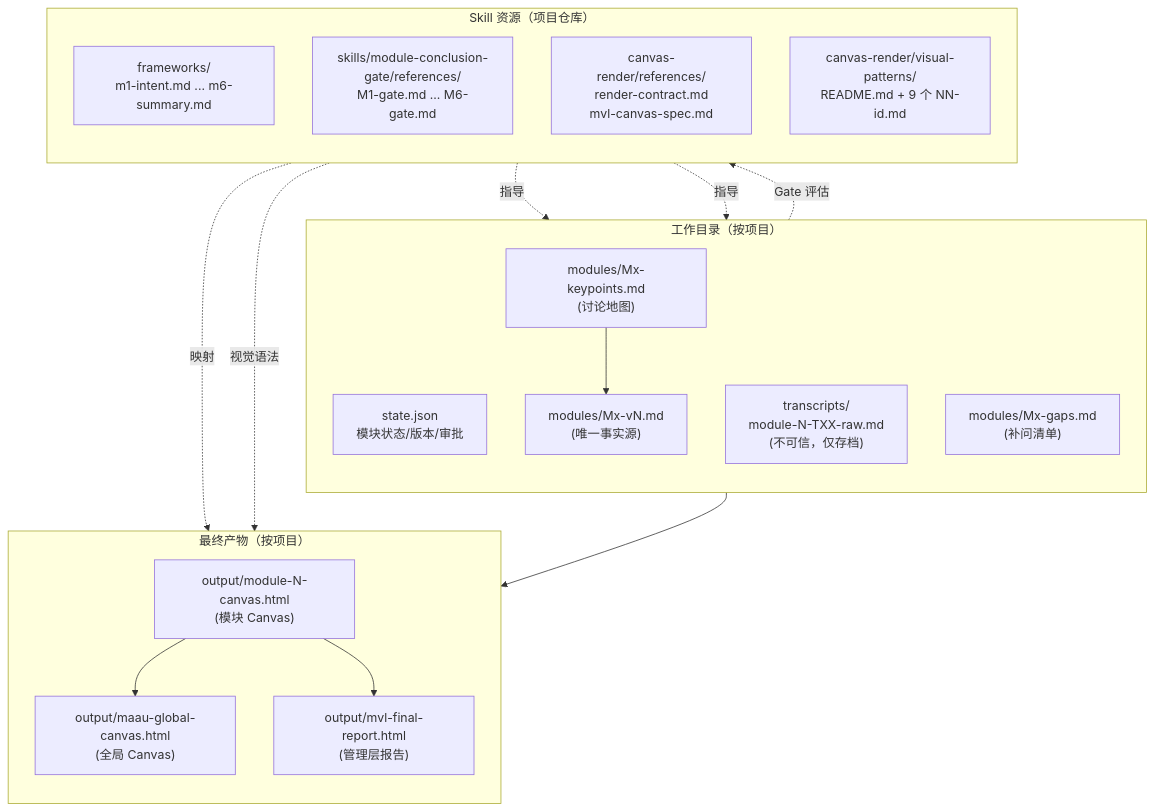
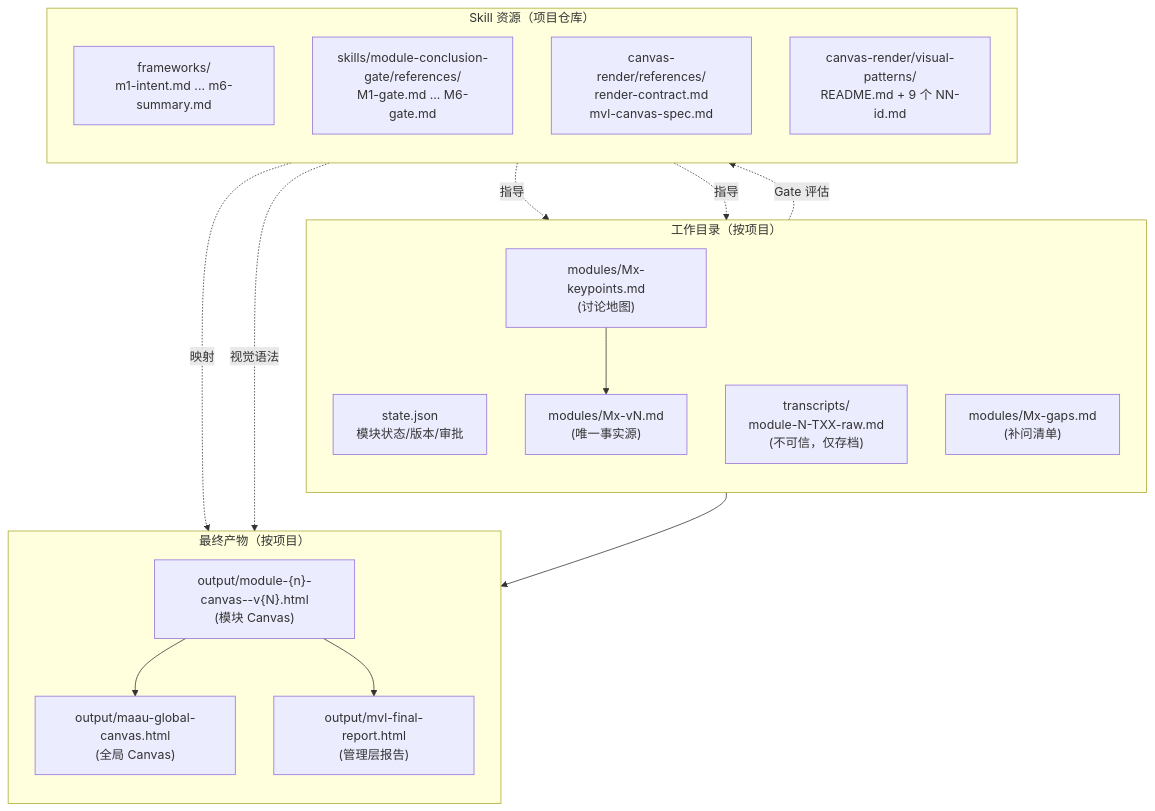
One commit to wanghongbj321-code/pratyaya changed the seventh of 9 diagrams in docs/MVL-整体架构设计.md. Above: the diagram before and after it, drawn with Mermaid. The commit also changed other lines of this file and 51 other files, not shown here.

````diff
--- a/docs/MVL-整体架构设计.md
+++ b/docs/MVL-整体架构设计.md
@@ -512,36 +512,36 @@
 ```mermaid
 flowchart TB
     subgraph WORK["工作目录（按项目）"]
         direction TB
         ST["state.json<br/>模块状态/版本/审批"]
         TR["transcripts/<br/>module-N-TXX-raw.md<br/>(不可信，仅存档)"]
         KP["modules/Mx-keypoints.md<br/>(讨论地图)"]
         MX["modules/Mx-vN.md<br/>(唯一事实源)"]
         GP["modules/Mx-gaps.md<br/>(补问清单)"]
     end
 
     subgraph SKILL["Skill 资源（项目仓库）"]
         direction TB
         FW["frameworks/<br/>m1-intent.md ... m6-summary.md"]
         GATE["skills/module-conclusion-gate/references/<br/>M1-gate.md ... M6-gate.md"]
         RC["canvas-render/references/<br/>render-contract.md<br/>mvl-canvas-spec.md"]
         VP["canvas-render/visual-patterns/<br/>README.md + 9 个 NN-id.md"]
     end
 
     subgraph OUTPUT["最终产物（按项目）"]
         direction TB
-        MC["output/module-N-canvas.html<br/>(模块 Canvas)"]
+        MC["output/module-{n}-canvas--v{N}.html<br/>(模块 Canvas)"]
         GC["output/maau-global-canvas.html<br/>(全局 Canvas)"]
         FR["output/mvl-final-report.html<br/>(管理层报告)"]
     end
 
     KP --> MX
     MX --> MC
     MC --> GC
     MC --> FR
     MX -.Gate 评估.-> GATE
     FW -.指导.-> KP
     FW -.指导.-> MX
     RC -.映射.-> MC
     VP -.视觉语法.-> MC
 ```
````
